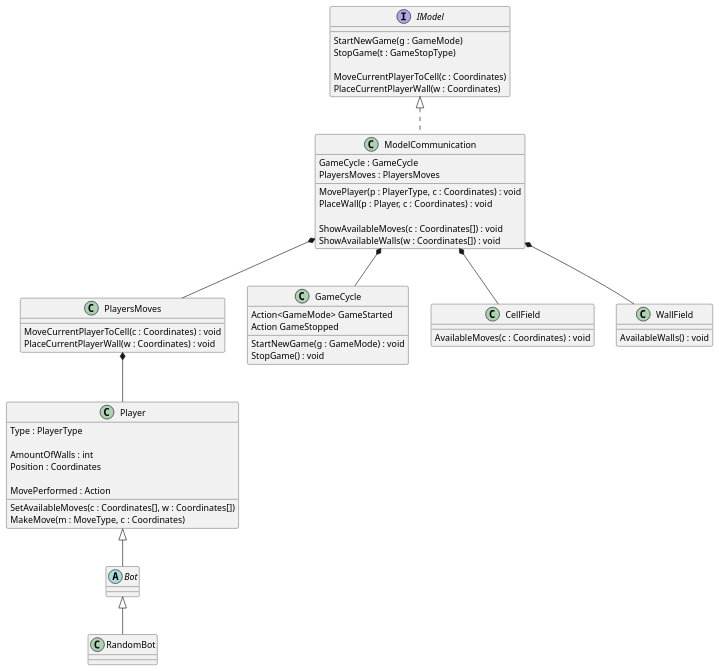
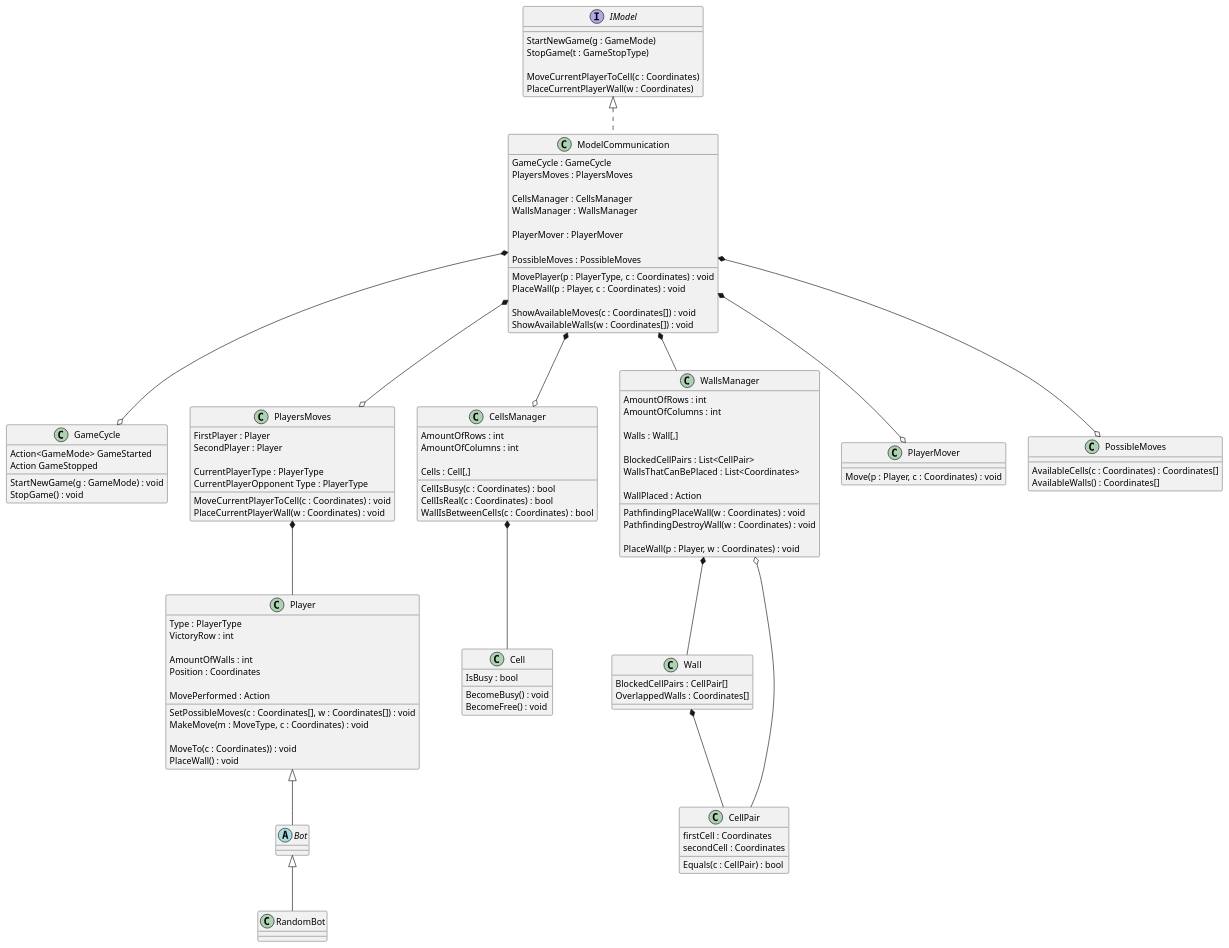
One commit to snyk04/quoridor changed the diagram in Quoridor/Assets/Model/Diagram.puml. Above: the diagram before and after it, drawn with PlantUML. The commit also changed 13 other files, not shown here.

Commit message:
some refactor + made pathfinding algorithm faster + diagram update

```diff
--- a/Quoridor/Assets/Model/Diagram.puml
+++ b/Quoridor/Assets/Model/Diagram.puml
@@ -1,74 +1,151 @@
 @startuml
 
 interface IModel
 {
     StartNewGame(g : GameMode)
     StopGame(t : GameStopType)
     
     MoveCurrentPlayerToCell(c : Coordinates)
     PlaceCurrentPlayerWall(w : Coordinates)
 }
 class ModelCommunication
 {    
     GameCycle : GameCycle
     PlayersMoves : PlayersMoves
     
+    CellsManager : CellsManager
+    WallsManager : WallsManager
+    
+    PlayerMover : PlayerMover
+    
+    PossibleMoves : PossibleMoves
+    
     MovePlayer(p : PlayerType, c : Coordinates) : void
     PlaceWall(p : Player, c : Coordinates) : void
 
     ShowAvailableMoves(c : Coordinates[]) : void
     ShowAvailableWalls(w : Coordinates[]) : void
-}
-
-class Player
-{
-    Type : PlayerType
-
-    AmountOfWalls : int
-    Position : Coordinates
-    
-    MovePerformed : Action
-    
-    SetAvailableMoves(c : Coordinates[], w : Coordinates[])
-    MakeMove(m : MoveType, c : Coordinates)
-}
-abstract class Bot
-class RandomBot
-
-class PlayersMoves
-{
-    MoveCurrentPlayerToCell(c : Coordinates) : void
-    PlaceCurrentPlayerWall(w : Coordinates) : void
 }
 
 class GameCycle
 {
     Action<GameMode> GameStarted
     Action GameStopped
 
     StartNewGame(g : GameMode) : void
     StopGame() : void
 }
 
-class CellField
+class PlayersMoves
 {
-    AvailableMoves(c : Coordinates) : void
+    FirstPlayer : Player
+    SecondPlayer : Player
+   
+   CurrentPlayerType : PlayerType
+   CurrentPlayerOpponent Type : PlayerType
+
+    MoveCurrentPlayerToCell(c : Coordinates) : void
+    PlaceCurrentPlayerWall(w : Coordinates) : void
 }
-class WallField
+class Player
 {
-    AvailableWalls() : void
+    Type : PlayerType
+    VictoryRow : int
+
+    AmountOfWalls : int
+    Position : Coordinates
+    
+    MovePerformed : Action
+    
+    SetPossibleMoves(c : Coordinates[], w : Coordinates[]) : void
+    MakeMove(m : MoveType, c : Coordinates) : void
+    
+    MoveTo(c : Coordinates)) : void
+    PlaceWall() : void
 }
+abstract class Bot
+class RandomBot
+
+class CellsManager
+{
+    AmountOfRows : int
+    AmountOfColumns : int
+
+    Cells : Cell[,]
+
+    CellIsBusy(c : Coordinates) : bool
+    CellIsReal(c : Coordinates) : bool
+    WallIsBetweenCells(c : Coordinates) : bool
+}
+class Cell
+{
+    IsBusy : bool
+    
+    BecomeBusy() : void
+    BecomeFree() : void
+}
+
+class WallsManager
+{
+    AmountOfRows : int
+    AmountOfColumns : int
+
+    Walls : Wall[,]
+    
+    BlockedCellPairs : List<CellPair>
+    WallsThatCanBePlaced : List<Coordinates>
+    
+    WallPlaced : Action
+    
+    PathfindingPlaceWall(w : Coordinates) : void
+    PathfindingDestroyWall(w : Coordinates) : void
+    
+    PlaceWall(p : Player, w : Coordinates) : void
+}
+class Wall
+{
+    BlockedCellPairs : CellPair[]
+    OverlappedWalls : Coordinates[]
+}
+class CellPair
+{
+    firstCell : Coordinates
+    secondCell : Coordinates
+    
+    Equals(c : CellPair) : bool
+}
+
+class PlayerMover
+{
+    Move(p : Player, c : Coordinates) : void
+}
+
+class PossibleMoves
+{
+    AvailableCells(c : Coordinates) : Coordinates[]
+    AvailableWalls() : Coordinates[]
+}
+
 
 IModel <|.. ModelCommunication
 
-ModelCommunication *-- PlayersMoves
-ModelCommunication *-- GameCycle
-ModelCommunication *-- CellField
-ModelCommunication *-- WallField
+ModelCommunication *--o GameCycle
 
+ModelCommunication *--o PlayersMoves
 PlayersMoves *-- Player
-
 Player <|-- Bot
 Bot <|-- RandomBot
 
+ModelCommunication *--o CellsManager
+CellsManager *-- Cell
+
+ModelCommunication *-- WallsManager
+WallsManager *-- Wall
+WallsManager o-- CellPair
+Wall *-- CellPair
+
+ModelCommunication *--o PlayerMover
+
+ModelCommunication *--o PossibleMoves
+
 @enduml
```
